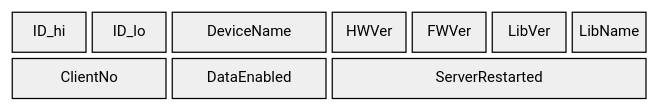
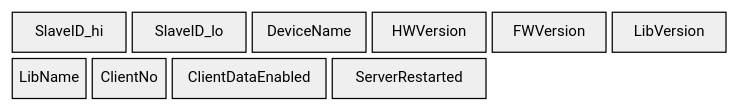
Before and after one commit to sebaJoSt/blaeck-protocol: the fourth of 5 diagrams in protocol/frames/devices.md, drawn with Mermaid. The commit also changed other lines of this file and 4 other files, not shown here.

First line of the commit message:
Use canonical element names in all Mermaid diagrams and tables

````diff
--- a/protocol/frames/devices.md
+++ b/protocol/frames/devices.md
@@ -114,19 +114,19 @@
 ```mermaid
 ---
 config:
   packet:
     showBits: false
-    bitsPerRow: 16
+    bitsPerRow: 18
 ---
 packet-beta
-  0-1: "ID_hi"
-  2-3: "ID_lo"
-  4-7: "DeviceName"
-  8-9: "HWVer"
-  10-11: "FWVer"
-  12-13: "LibVer"
-  14-15: "LibName"
-  16-19: "ClientNo"
-  20-23: "DataEnabled"
-  24-31: "ServerRestarted"
+  0-2: "SlaveID_hi"
+  3-5: "SlaveID_lo"
+  6-8: "DeviceName"
+  9-11: "HWVersion"
+  12-14: "FWVersion"
+  15-17: "LibVersion"
+  18-19: "LibName"
+  20-21: "ClientNo"
+  22-25: "ClientDataEnabled"
+  26-29: "ServerRestarted"
 ```
````
